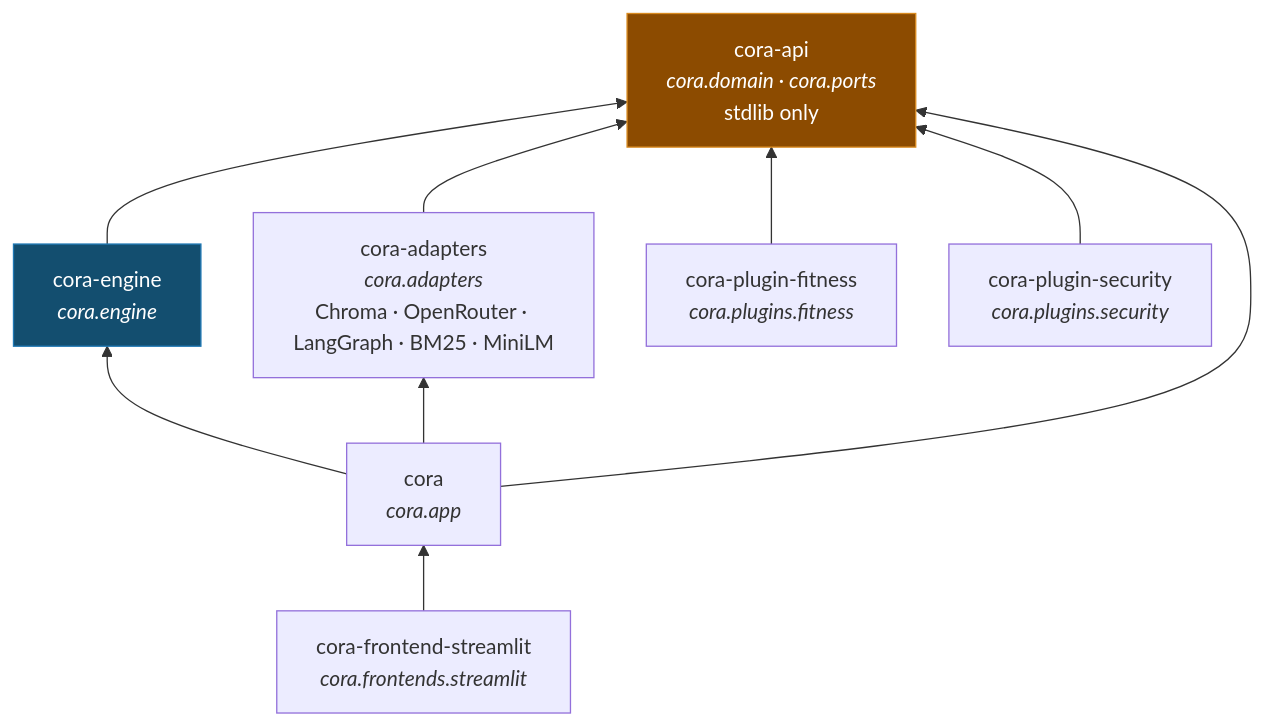
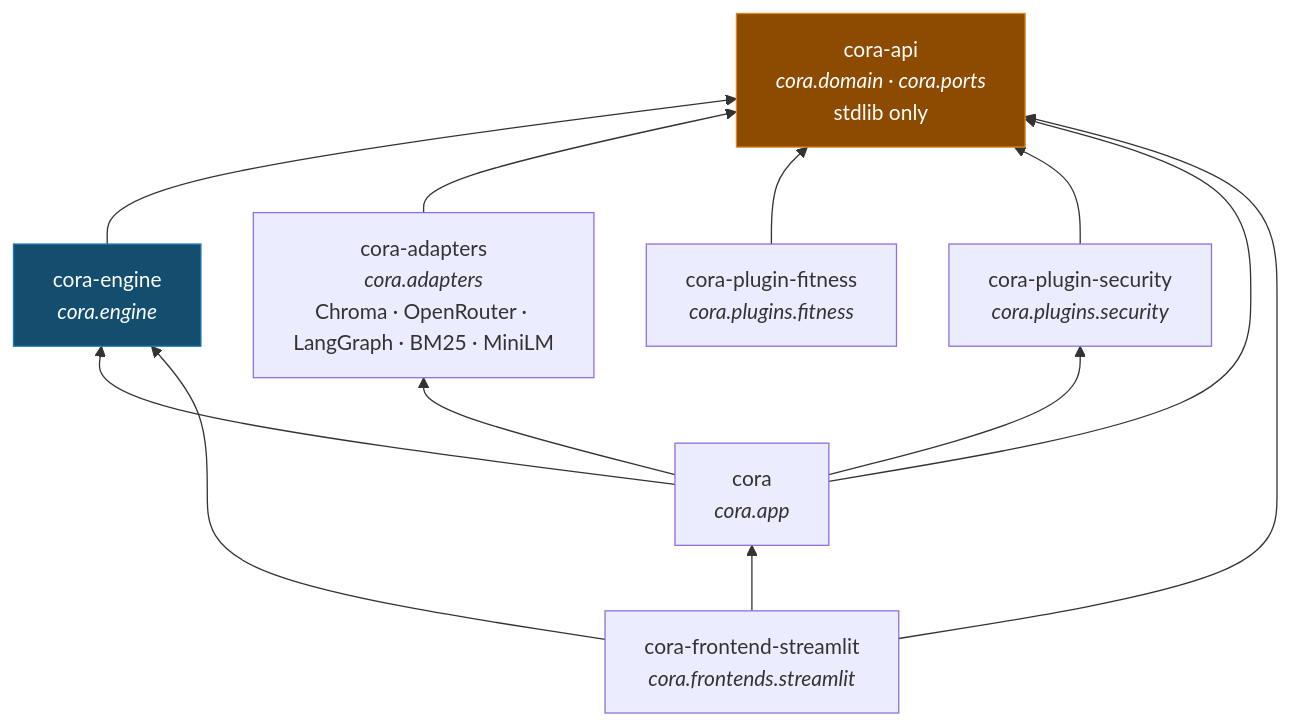
One commit to aschog/cora changed the second of 2 diagrams in docs/big-picture.md. Above: the diagram before and after it, drawn with Mermaid. The commit also changed other lines of this file, not shown here.

````diff
--- a/docs/big-picture.md
+++ b/docs/big-picture.md
@@ -142,25 +110,28 @@
 ```mermaid
 %%{init: {"flowchart": {"nodeSpacing": 40, "rankSpacing": 50, "curve": "basis"}}}%%
 flowchart BT
   api["cora-api<br/><i>cora.domain · cora.ports</i><br/>stdlib only"]
   engine["cora-engine<br/><i>cora.engine</i>"]
   adapters["cora-adapters<br/><i>cora.adapters</i><br/>Chroma · OpenRouter · LangGraph · BM25 · MiniLM"]
   app["cora<br/><i>cora.app</i>"]
   fitness["cora-plugin-fitness<br/><i>cora.plugins.fitness</i>"]
   security["cora-plugin-security<br/><i>cora.plugins.security</i>"]
   shell["cora-frontend-streamlit<br/><i>cora.frontends.streamlit</i>"]
 
   engine --> api
   adapters --> api
   fitness --> api
   security --> api
   app --> api
   app --> engine
   app --> adapters
+  app --> security
   shell --> app
+  shell --> api
+  shell --> engine
 
   classDef contract fill:#8c4b00,stroke:#d98a1f,color:#fff;
   classDef logic fill:#134e6f,stroke:#1f78b4,color:#fff;
   class api contract;
   class engine logic;
 ```
````
